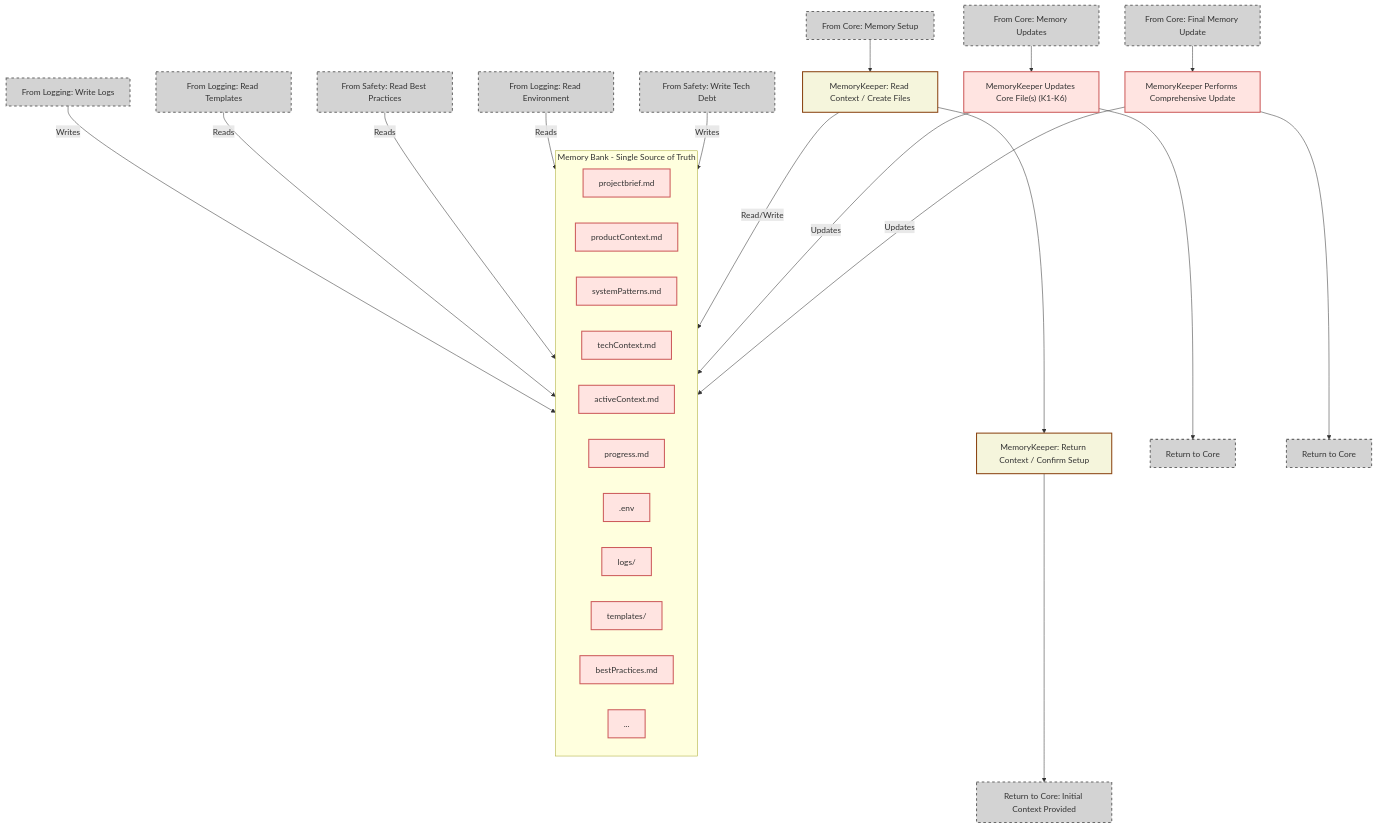
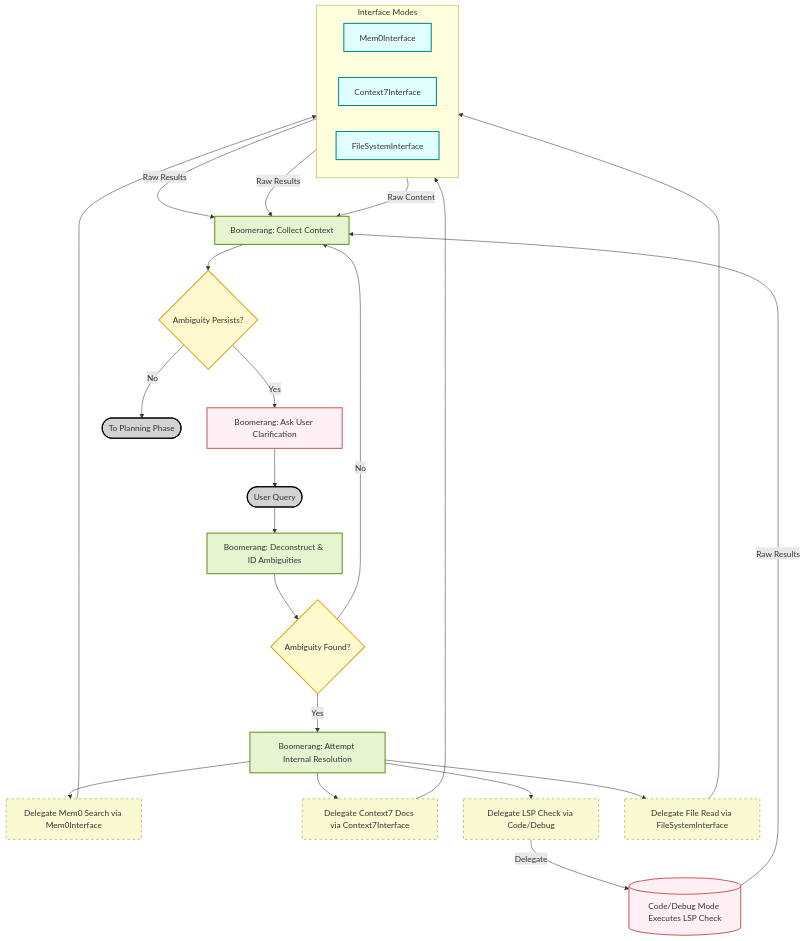
Before and after one commit to darrynv/dangeroo: the second of 11 diagrams in README.md, drawn with Mermaid. The commit also changed other lines of this file and 31 other files, not shown here.

````diff
--- a/README.md
+++ b/README.md
@@ -156,53 +175,49 @@
 ```mermaid
 flowchart TD
-    %% Memory Bank Detail Diagram
+    Start([User Query]) --> B1[Boomerang: Deconstruct & ID Ambiguities]
+    B1 --> B2{Ambiguity Found?}
+    B2 -- Yes --> B3[Boomerang: Attempt Internal Resolution]
+    B3 --> B4_DelMem[Delegate Mem0 Search via Mem0Interface]
+    B3 --> B5_DelDoc[Delegate Context7 Docs via Context7Interface]
+    B3 --> B6_DelLSP[Delegate LSP Check via Code/Debug]
+    B3 --> B7_DelFile[Delegate File Read via FileSystemInterface]
     
-    %% Connection from Core Diagram
-    B_ref[From Core: Memory Setup] --> B_exec
-    
-    subgraph ProjectMemoryBank [Memory Bank - Single Source of Truth]
+    subgraph Interfaces [Interface Modes]
         direction LR
-        K1[projectbrief.md]
-        K2[productContext.md]
-        K3[systemPatterns.md]
-        K4[techContext.md]
-        K5[activeContext.md]
-        K6[progress.md]
-        K_Env[.env]
-        K_Logs[logs/]
-        K_Tmpl[templates/]
-        K_BP[bestPractices.md]
-        K_Other[...]
+        MemIF[Mem0Interface]
+        CtxIF[Context7Interface]
+        FSIf[FileSystemInterface]
     end
 
-    B_exec["MemoryKeeper: Read Context / Create Files"] -- "Read/Write" --> ProjectMemoryBank
-    B_exec --> B_res["MemoryKeeper: Return Context / Confirm Setup"]
-    B_res --> B_return[Return to Core: Initial Context Provided]
+    B4_DelMem --> MemIF
+    MemIF -- Raw Results --> B8[Boomerang: Collect Context]
+    B5_DelDoc --> CtxIF
+    CtxIF -- Raw Results --> B8
+    B6_DelLSP -- Delegate --> ExecLSPCheck[(Code/Debug Mode Executes LSP Check)]
+    ExecLSPCheck -- Raw Results --> B8
+    B7_DelFile --> FSIf
+    FSIf -- Raw Content --> B8
     
-    %% Other connections to memory
-    Core_Update[From Core: Memory Updates] --> I_exec["MemoryKeeper Updates Core File(s) (K1-K6)"]
-    I_exec -- "Updates" --> ProjectMemoryBank
-    I_exec --> Return_Core[Return to Core]
+    B2 -- No --> B8
+
+    B8 --> B9{Ambiguity Persists?}
+    B9 -- Yes --> AskUser[Boomerang: Ask User Clarification]
+    AskUser --> Start
+    B9 -- No --> ToPlanning([To Planning Phase])
     
-    Core_Final[From Core: Final Memory Update] --> I_final_exec["MemoryKeeper Performs Comprehensive Update"]
-    I_final_exec -- "Updates" --> ProjectMemoryBank
-    I_final_exec --> Return_Core_Final[Return to Core]
-    
-    %% Connections from other diagrams
-    Log_Write[From Logging: Write Logs] -- "Writes" --> K_Logs
-    Template_Read[From Logging: Read Templates] -- "Reads" --> K_Tmpl
-    BP_Read[From Safety: Read Best Practices] -- "Reads" --> K_BP
-    Env_Read[From Logging: Read Environment] -- "Reads" --> K_Env
-    Progress_Write[From Safety: Write Tech Debt] -- "Writes" --> K6
+    %% Styling
+    classDef orchestrator fill:#e6f5d0,stroke:#6b8e23,stroke-width:2px
+    classDef decision fill:#fffacd,stroke:#daa520,stroke-width:2px
+    classDef interface fill:#e0ffff,stroke:#008b8b,stroke-width:2px
+    classDef execution fill:#fff0f5,stroke:#cd5c5c,stroke-width:2px
+    classDef delegate fill:#fafad2,stroke:#b8860b,stroke-width:1px,stroke-dasharray: 5 5
+    classDef startend fill:#d3d3d3,stroke:#000000,stroke-width:2px
 
-    %% Styling
-    classDef process fill:#e6f5d0,stroke:#6b8e23,stroke-width:2px
-    classDef memory fill:#ffe4e1,stroke:#cd5c5c,stroke-width:2px
-    classDef connector fill:#d3d3d3,stroke:#696969,stroke-width:2px,stroke-dasharray:5 5
-    classDef initial_mem fill:#f5f5dc,stroke:#8b4513,stroke-width:2px
-    
-    class K1,K2,K3,K4,K5,K6,K_Env,K_Logs,K_Tmpl,K_BP,K_Other memory
-    class I_exec,I_final_exec memory
-    class B_ref,Core_Update,Core_Final,Log_Write,Template_Read,BP_Read,Env_Read,Progress_Write,B_return,Return_Core,Return_Core_Final connector
-    class B_exec,B_res initial_mem
-``` 
+    class B1,B3,B8 orchestrator
+    class B2,B9 decision
+    class MemIF,CtxIF,FSIf interface
+    class ExecLSPCheck execution
+    class B4_DelMem,B5_DelDoc,B6_DelLSP,B7_DelFile delegate
+    class Start,ToPlanning startend
+    class AskUser execution
+```
````
